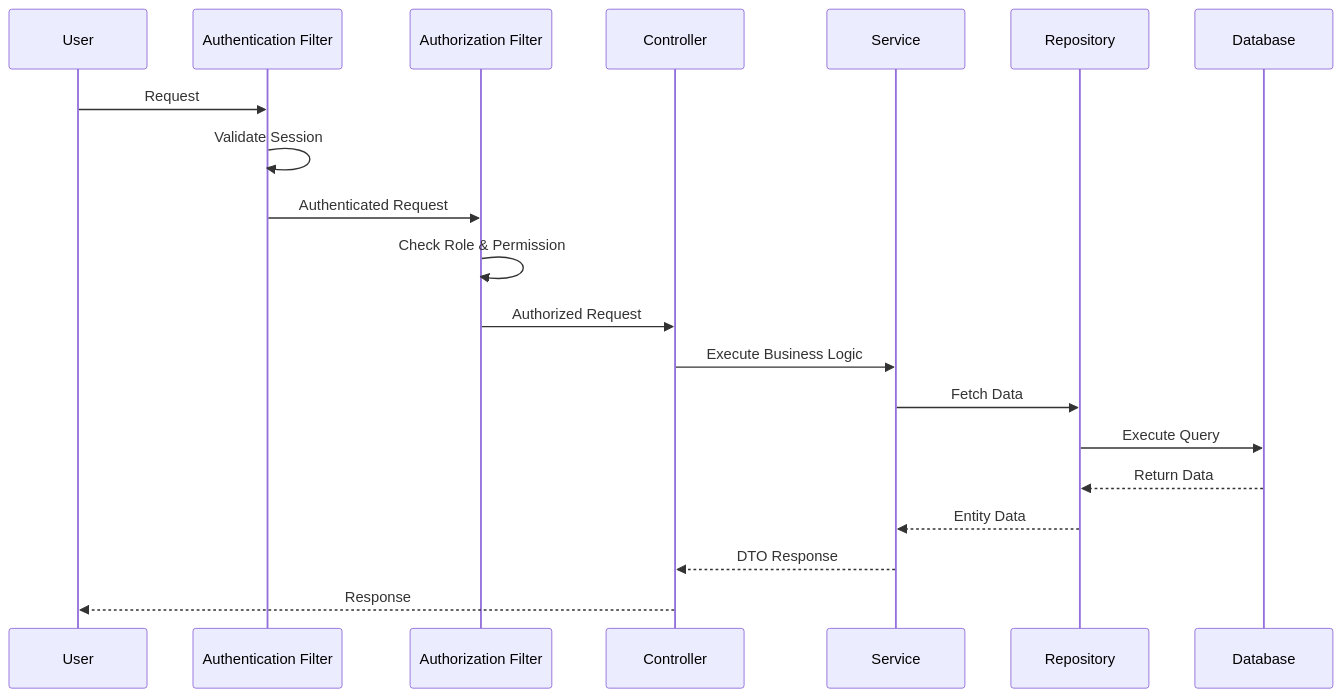
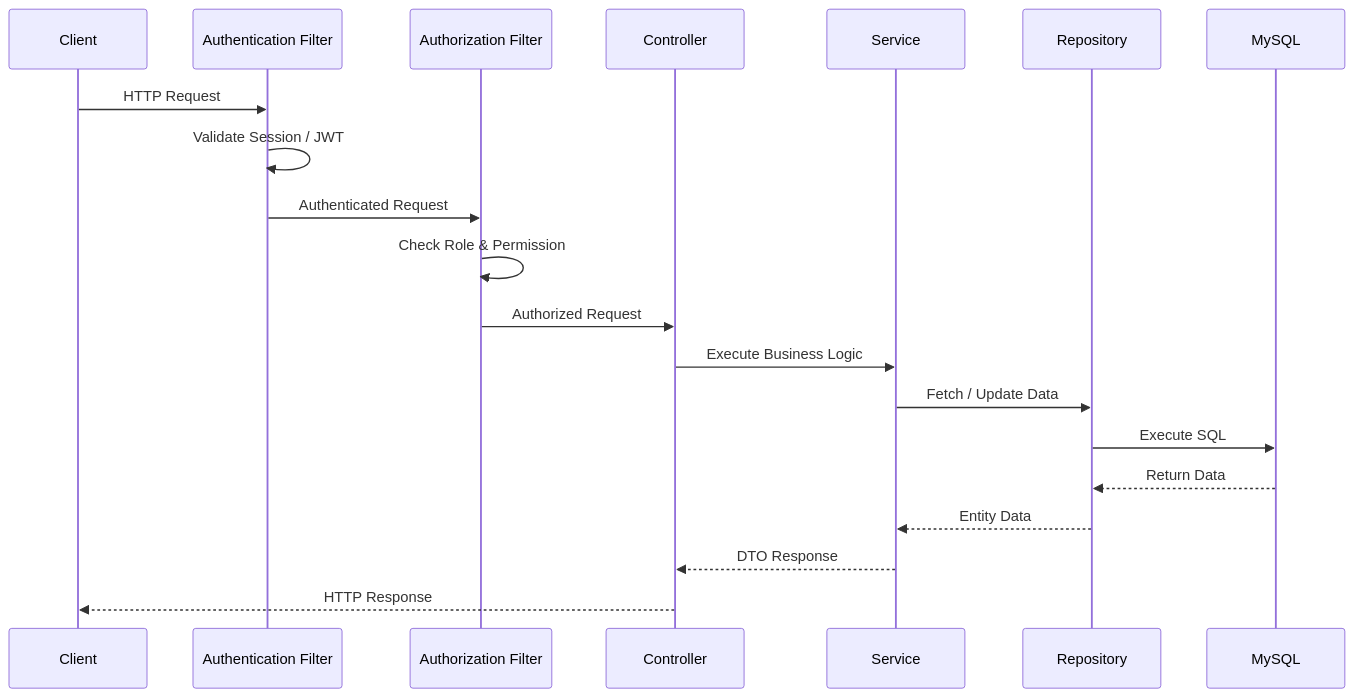
One commit to MotionPrograming/AuthorizationManagementSystem changed the fourth of 13 diagrams in README.md. Above: the diagram before and after it, drawn with Mermaid. The commit also changed other lines of this file, not shown here.

````diff
--- a/README.md
+++ b/README.md
@@ -374,36 +266,35 @@
 ```mermaid
 sequenceDiagram
 
-    participant U as User
+    participant U as Client
     participant AF as Authentication Filter
     participant AZ as Authorization Filter
     participant C as Controller
     participant S as Service
     participant R as Repository
-    participant DB as Database
+    participant DB as MySQL
 
+    U->>AF: HTTP Request
 
-    U->>AF: Request
-
-    AF->>AF: Validate Session
+    AF->>AF: Validate Session / JWT
 
     AF->>AZ: Authenticated Request
 
     AZ->>AZ: Check Role & Permission
 
     AZ->>C: Authorized Request
 
     C->>S: Execute Business Logic
 
-    S->>R: Fetch Data
+    S->>R: Fetch / Update Data
 
-    R->>DB: Execute Query
+    R->>DB: Execute SQL
 
     DB-->>R: Return Data
 
     R-->>S: Entity Data
 
     S-->>C: DTO Response
 
-    C-->>U: Response
+    C-->>U: HTTP Response
 ```
````
